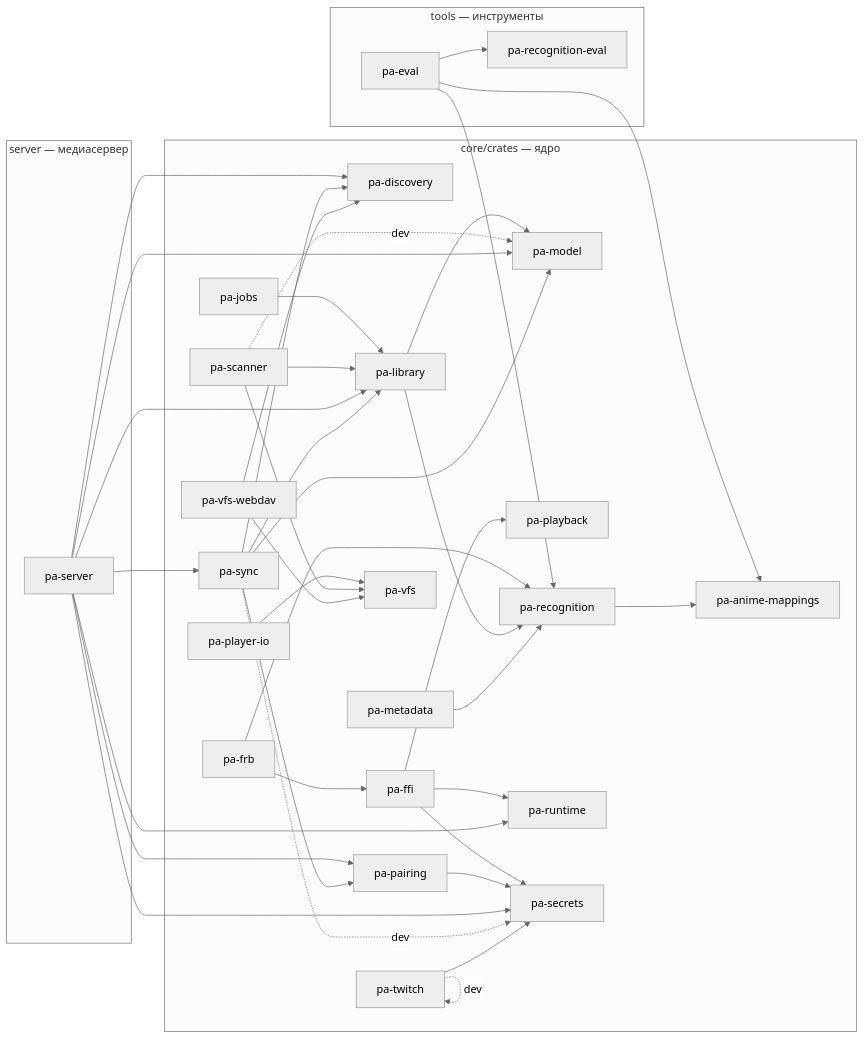
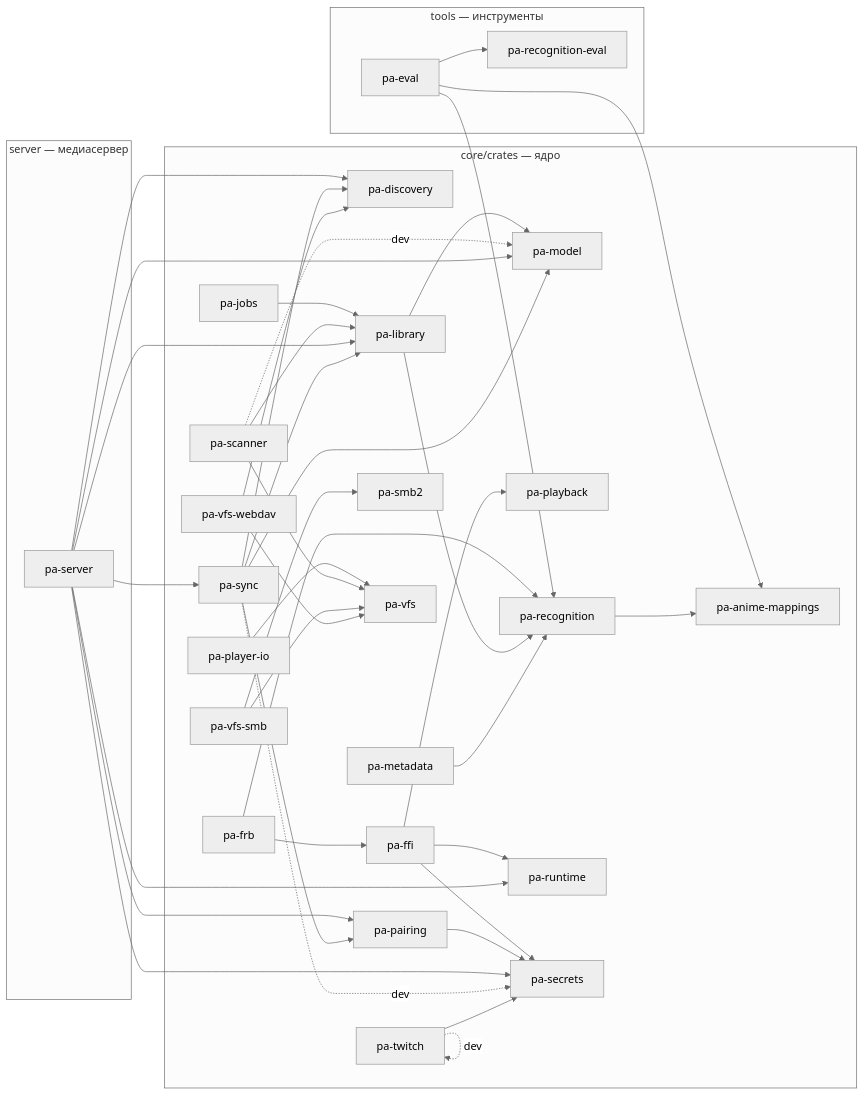
One commit to DenisHumen/project_alpha changed the diagram in docs/dev/crate-graph.md. Above: the diagram before and after it, drawn with Mermaid (neutral theme). The commit also changed other lines of this file and 8 other files, not shown here.

Commit message:
style(net): rustfmt, crate graph and lockfile for pa-vfs-smb [NET-003]

````diff
--- a/docs/dev/crate-graph.md
+++ b/docs/dev/crate-graph.md
@@ -12,65 +12,69 @@
 ```mermaid
 flowchart LR
   subgraph g0["core/crates — ядро"]
     pa_anime_mappings["pa-anime-mappings"]
     pa_discovery["pa-discovery"]
     pa_ffi["pa-ffi"]
     pa_frb["pa-frb"]
     pa_jobs["pa-jobs"]
     pa_library["pa-library"]
     pa_metadata["pa-metadata"]
     pa_model["pa-model"]
     pa_pairing["pa-pairing"]
     pa_playback["pa-playback"]
     pa_player_io["pa-player-io"]
     pa_recognition["pa-recognition"]
     pa_runtime["pa-runtime"]
     pa_scanner["pa-scanner"]
     pa_secrets["pa-secrets"]
+    pa_smb2["pa-smb2"]
     pa_sync["pa-sync"]
     pa_twitch["pa-twitch"]
     pa_vfs["pa-vfs"]
+    pa_vfs_smb["pa-vfs-smb"]
     pa_vfs_webdav["pa-vfs-webdav"]
   end
   subgraph g1["server — медиасервер"]
     pa_server["pa-server"]
   end
   subgraph g2["tools — инструменты"]
     pa_eval["pa-eval"]
     pa_recognition_eval["pa-recognition-eval"]
   end
   pa_eval --> pa_anime_mappings
   pa_eval --> pa_recognition
   pa_eval --> pa_recognition_eval
   pa_ffi --> pa_playback
   pa_ffi --> pa_runtime
   pa_ffi --> pa_secrets
   pa_frb --> pa_ffi
   pa_frb --> pa_recognition
   pa_jobs --> pa_library
   pa_library --> pa_model
   pa_library --> pa_recognition
   pa_metadata --> pa_recognition
   pa_pairing --> pa_secrets
   pa_player_io --> pa_vfs
   pa_recognition --> pa_anime_mappings
   pa_scanner --> pa_library
   pa_scanner -. dev .-> pa_model
   pa_scanner --> pa_vfs
   pa_server --> pa_discovery
   pa_server --> pa_library
   pa_server --> pa_model
   pa_server --> pa_pairing
   pa_server --> pa_runtime
   pa_server --> pa_secrets
   pa_server --> pa_sync
   pa_sync --> pa_discovery
   pa_sync --> pa_library
   pa_sync --> pa_model
   pa_sync --> pa_pairing
   pa_sync -. dev .-> pa_secrets
   pa_twitch --> pa_secrets
   pa_twitch -. dev .-> pa_twitch
+  pa_vfs_smb --> pa_smb2
+  pa_vfs_smb --> pa_vfs
   pa_vfs_webdav --> pa_discovery
   pa_vfs_webdav --> pa_vfs
 ```
````
